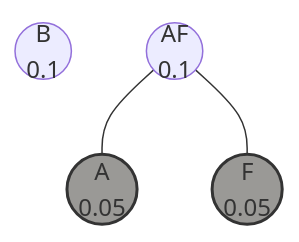
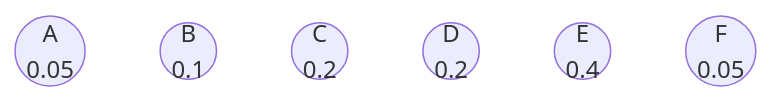
One commit to khalid-salad/cosc-3320-slides changed the first of 2 diagrams in slides/greedy/huffman.md. Above: the diagram before and after it, drawn with Mermaid. The commit also changed other lines of this file, not shown here.

````diff
--- a/slides/greedy/huffman.md
+++ b/slides/greedy/huffman.md
@@ -476,12 +397,11 @@
 ```mermaid
 graph TD
 A((A<br>0.05))
+B((B<br>0.1))
+C((C<br>0.2))
+D((D<br>0.2))
+E((E<br>0.4))
 F((F<br>0.05))
-B((B<br>0.1))
-AF((AF<br>0.1))
-AF --- A
-AF --- F
 
-classDef finished fill:#9a9996,stroke:#333,stroke-width:2px
-class A,F finished
+classDef finished fill:#9a9996
 ```
````
